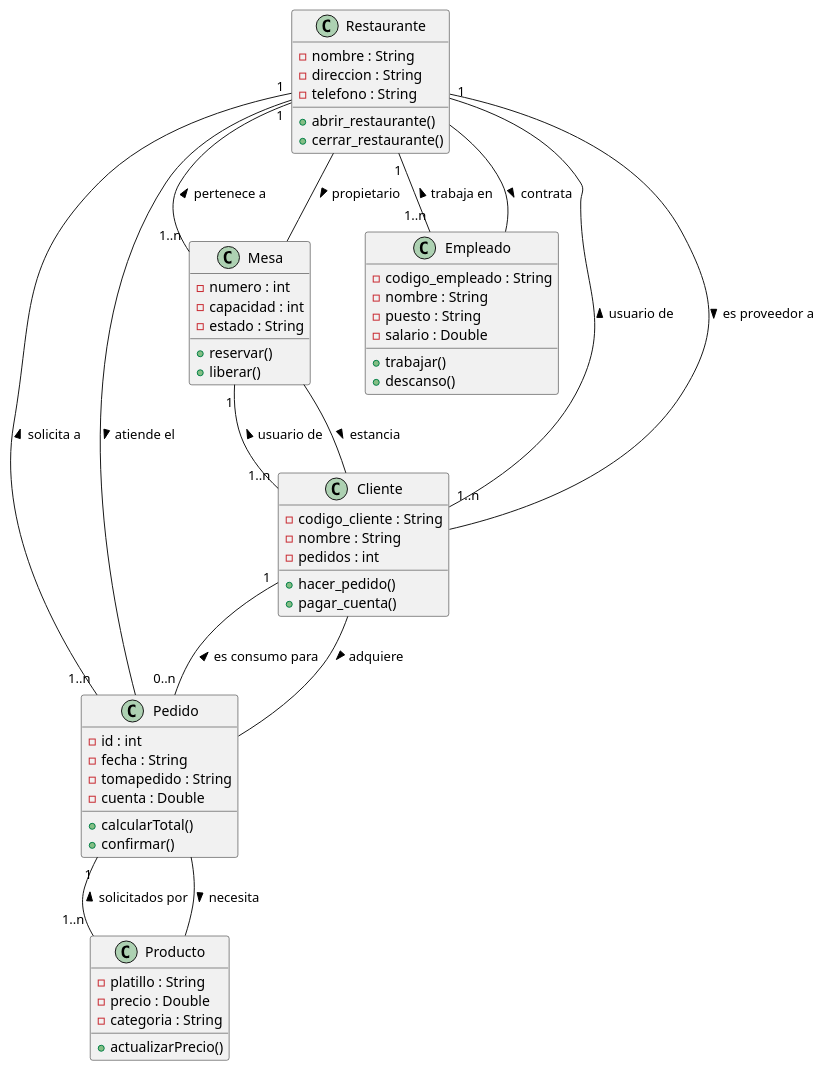
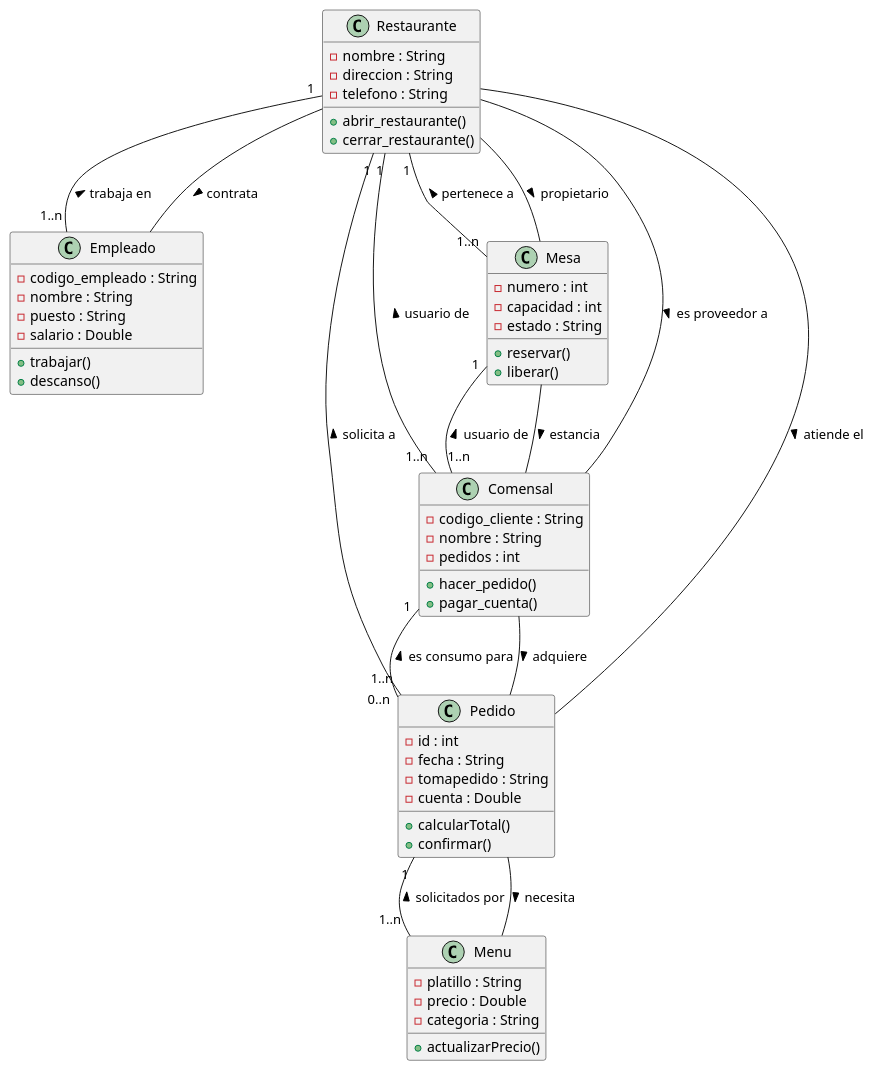
The diagram in src/sistema/restaurante/Restaurant.puml (Pachakochter/Actividad-3-y-4), drawn with PlantUML before and after one commit.

```diff
--- a/src/sistema/restaurante/Restaurant.puml
+++ b/src/sistema/restaurante/Restaurant.puml
@@ -1,75 +1,73 @@
 @startuml
-class  Pedido{
-    - id : int
-    - fecha : String
-    - tomapedido : String
-    - cuenta : Double
-
-    + calcularTotal()
-    + confirmar()
-}
-class Producto{
-    - platillo : String
-    - precio : Double
-    - categoria : String
-
-    + actualizarPrecio()
-}
-class Mesa{
-    - numero : int
-    - capacidad : int
-    - estado : String
-
-    + reservar()
-    + liberar()
-}
 class Restaurante{
     - nombre : String
     - direccion : String
     - telefono : String
 
     + abrir_restaurante()
     + cerrar_restaurante()
     
 }
 class Empleado{
     - codigo_empleado : String
     - nombre : String
     - puesto : String
     - salario : Double
 
     + trabajar()
     + descanso()
-
 }
-class Cliente{
+class Comensal{
     - codigo_cliente : String
     - nombre : String
     - pedidos : int
 
     + hacer_pedido()
     + pagar_cuenta()
+}
+class  Pedido{
+    - id : int
+    - fecha : String
+    - tomapedido : String
+    - cuenta : Double
 
+    + calcularTotal()
+    + confirmar()
+}
+class Menu{
+    - platillo : String
+    - precio : Double
+    - categoria : String
+
+    + actualizarPrecio()
+}
+class Mesa{
+    - numero : int
+    - capacidad : int
+    - estado : String
+
+    + reservar()
+    + liberar()
 }
 
 Restaurante"1" -- "1..n" Empleado: trabaja en <
 Restaurante -- Empleado: contrata >
 
-Restaurante"1" -- "1..n" Cliente: usuario de <
-Restaurante -- Cliente: es proveedor a >
+Restaurante"1" -- "1..n" Comensal: usuario de <
+Restaurante -- Comensal: es proveedor a >
 
 Restaurante"1" -- "1..n" Mesa: pertenece a <
 Restaurante -- Mesa: propietario >
 
 Restaurante"1" -- "1..n" Pedido: solicita a <
 Restaurante -- Pedido: atiende el >
 
-Pedido"1" -- "1..n" Producto: solicitados por <
-Pedido --  Producto: necesita >
+Pedido"1" -- "1..n" Menu: solicitados por <
+Pedido --  Menu: necesita >
 
-Cliente"1" -- "0..n" Pedido: es consumo para <
-Cliente --  Pedido: adquiere >
+Comensal"1" -- "0..n" Pedido: es consumo para <
+Comensal --  Pedido: adquiere >
 
-Mesa"1" -- "1..n" Cliente: usuario de <
-Mesa -- Cliente: estancia >
+Mesa"1" -- "1..n" Comensal: usuario de <
+Mesa -- Comensal: estancia >
 @enduml
```
